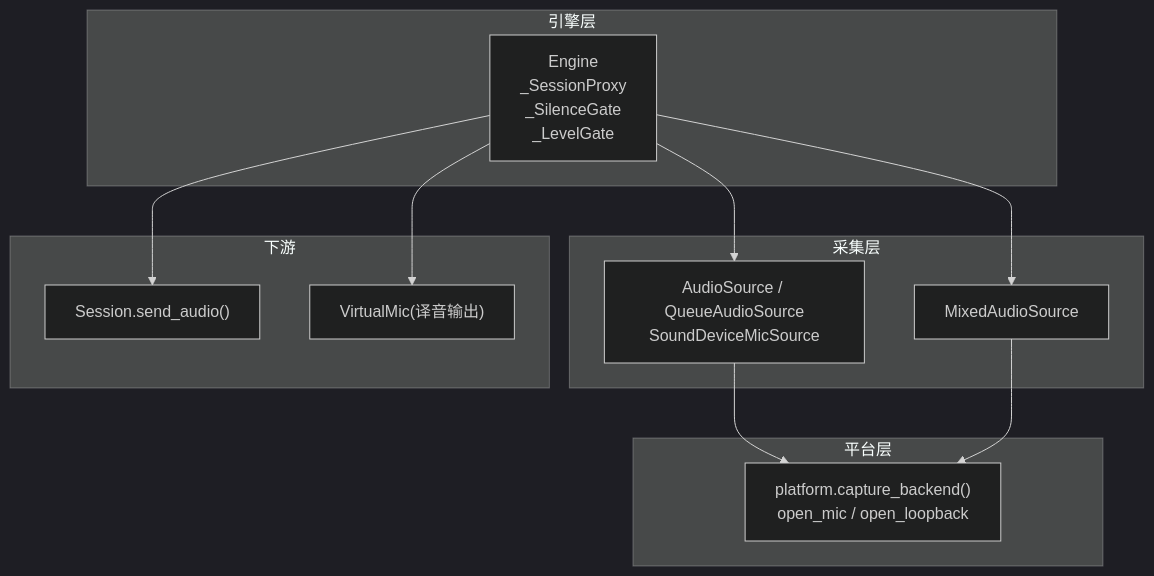
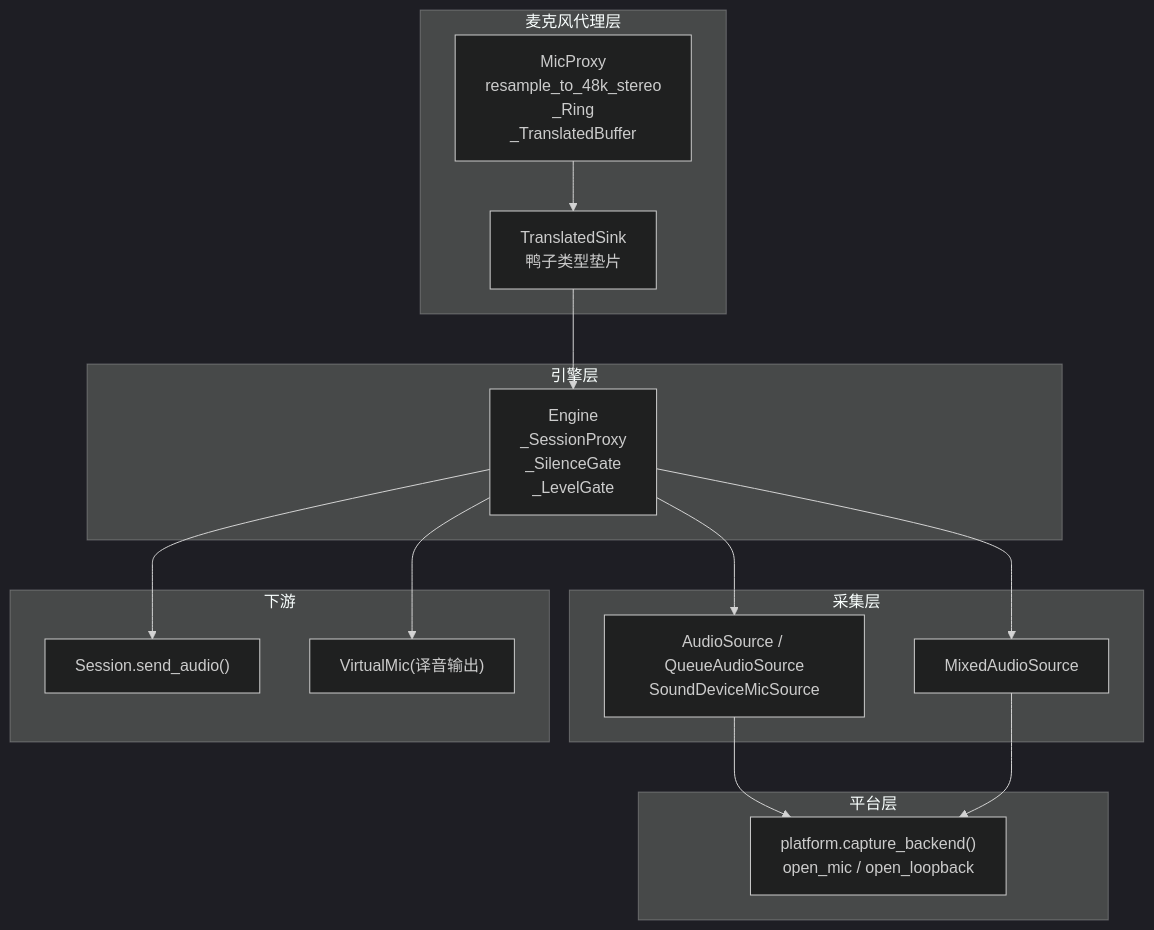
Before and after one commit to EMeowAGENT/vrchat-livetranslate: the first of 9 diagrams in .qoder/repowiki/zh/content/核心引擎架构/音频处理管道/音频处理管道.md, drawn with Mermaid (dark theme). The commit also changed other lines of this file and 75 other files, not shown here.

````diff
--- a/.qoder/repowiki/zh/content/核心引擎架构/音频处理管道/音频处理管道.md
+++ b/.qoder/repowiki/zh/content/核心引擎架构/音频处理管道/音频处理管道.md
@@ -42,23 +55,29 @@
 ```mermaid
 graph TB
 subgraph "引擎层"
 E["Engine<br/>_SessionProxy<br/>_SilenceGate<br/>_LevelGate"]
+end
+subgraph "麦克风代理层"
+MP["MicProxy<br/>resample_to_48k_stereo<br/>_Ring<br/>_TranslatedBuffer"]
+TS["TranslatedSink<br/>鸭子类型垫片"]
 end
 subgraph "采集层"
 A["AudioSource / QueueAudioSource<br/>SoundDeviceMicSource"]
 M["MixedAudioSource"]
 end
 subgraph "平台层"
 P["platform.capture_backend()<br/>open_mic / open_loopback"]
 end
 subgraph "下游"
 S["Session.send_audio()"]
 V["VirtualMic(译音输出)"]
 end
 E --> A
 E --> M
 A --> P
 M --> P
 E --> S
 E --> V
+MP --> TS
+TS --> E
 ```
````
